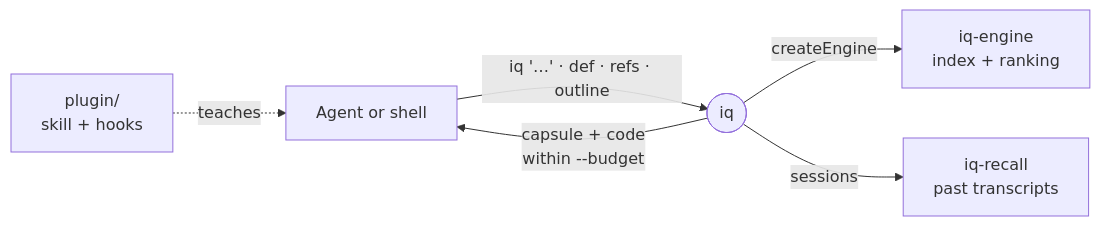
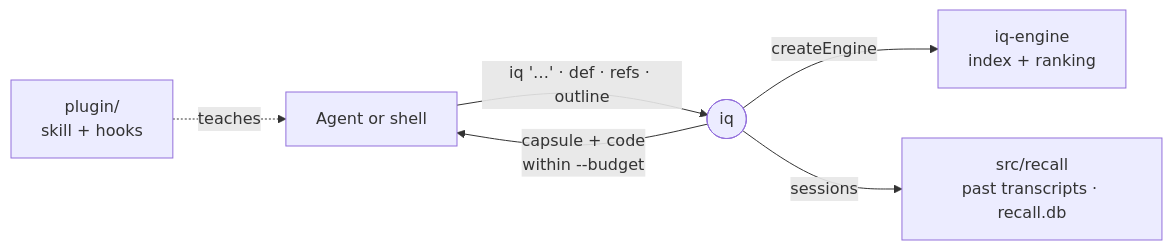
The first of 2 diagrams in _search/iq/README.md (intentic/intentic), drawn with Mermaid before and after one commit. The commit also changed other lines of this file and 2216 other files, not shown here.

Commit message:
chore(docs): refresh architecture index for extension changes

````diff
--- a/_search/iq/README.md
+++ b/_search/iq/README.md
@@ -5,8 +5,8 @@
 ```mermaid
 flowchart LR
     plugin["plugin/<br/>skill + hooks"] -. "teaches" .-> agent["Agent or shell"]
     agent -- "iq '…' · def · refs · outline" --> iq(["iq"])
     iq -- "createEngine" --> engine["iq-engine<br/>index + ranking"]
-    iq -- "sessions" --> recall["iq-recall<br/>past transcripts"]
+    iq -- "sessions" --> recall["src/recall<br/>past transcripts · recall.db"]
     iq -- "capsule + code<br/>within --budget" --> agent
 ```
````
